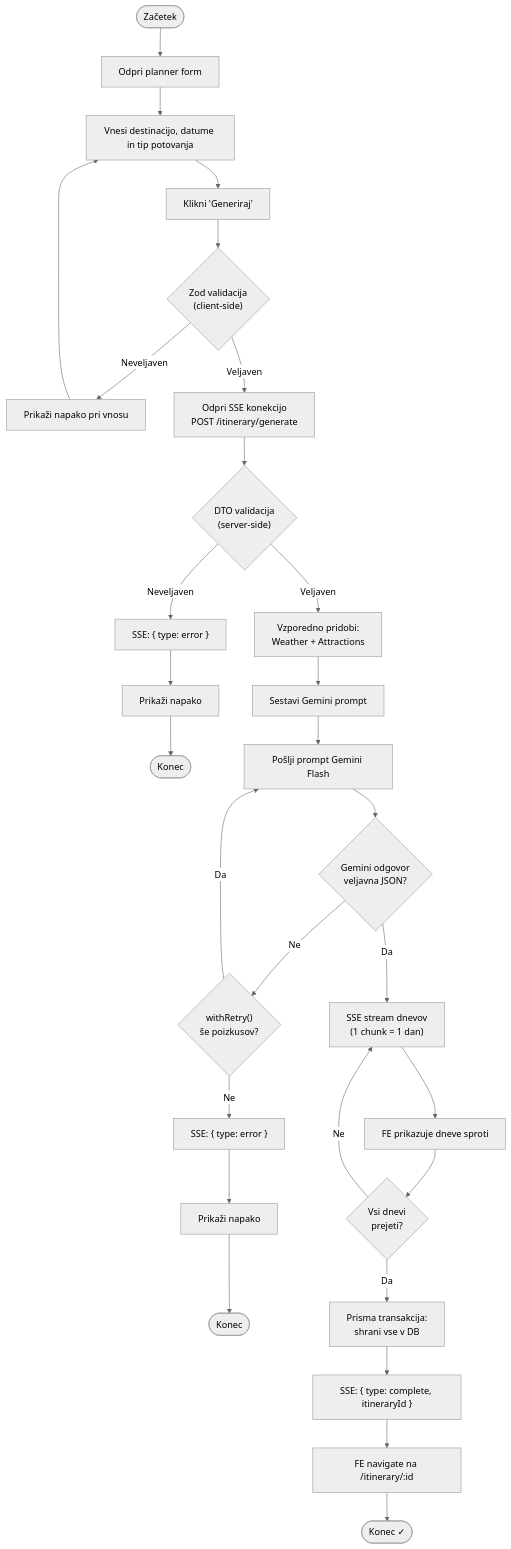
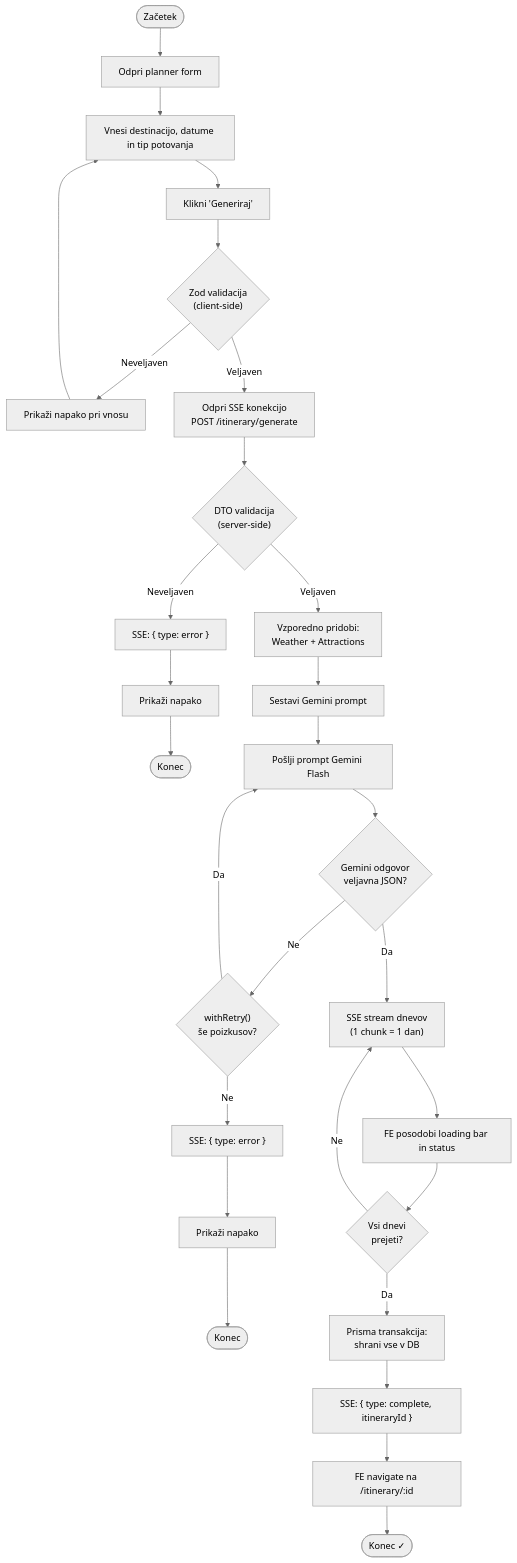
One commit to Anchevskiii/Routiq changed the fourth of 11 diagrams in docs/data-flows.md. Above: the diagram before and after it, drawn with Mermaid (neutral theme). The commit also changed other lines of this file and 6 other files, not shown here.

````diff
--- a/docs/data-flows.md
+++ b/docs/data-flows.md
@@ -151,36 +151,36 @@
 ```mermaid
 flowchart TD
     Start([Začetek]) --> OpenForm["Odpri planner form"]
     OpenForm --> FillForm["Vnesi destinacijo, datume in tip potovanja"]
     FillForm --> ClickGenerate["Klikni 'Generiraj'"]
     ClickGenerate --> ZodValidate{"Zod validacija\n(client-side)"}
 
     ZodValidate -->|Neveljaven| ShowClientError["Prikaži napako pri vnosu"]
     ShowClientError --> FillForm
     ZodValidate -->|Veljaven| OpenSSE["Odpri SSE konekcijo\nPOST /itinerary/generate"]
 
     OpenSSE --> DTOValidate{"DTO validacija\n(server-side)"}
     DTOValidate -->|Neveljaven| Return400["SSE: { type: error }"]
     Return400 --> ShowError["Prikaži napako"]
     ShowError --> End1([Konec])
 
     DTOValidate -->|Veljaven| FetchParallel["Vzporedno pridobi:\nWeather + Attractions"]
     FetchParallel --> BuildPrompt["Sestavi Gemini prompt"]
     BuildPrompt --> CallGemini["Pošlji prompt Gemini Flash"]
 
     CallGemini --> GeminiOK{"Gemini odgovor\nveljavna JSON?"}
     GeminiOK -->|Ne| RetryLogic{"withRetry()\nše poizkusov?"}
     RetryLogic -->|Da| CallGemini
     RetryLogic -->|Ne| StreamError["SSE: { type: error }"]
     StreamError --> ShowError2["Prikaži napako"]
     ShowError2 --> End2([Konec])
 
     GeminiOK -->|Da| StreamDays["SSE stream dnevov\n(1 chunk = 1 dan)"]
-    StreamDays --> ShowInUI["FE prikazuje dneve sproti"]
+    StreamDays --> ShowInUI["FE posodobi loading bar in status"]
     ShowInUI --> AllDone{"Vsi dnevi\nprejeti?"}
     AllDone -->|Ne| StreamDays
     AllDone -->|Da| SaveToDB["Prisma transakcija:\nshrani vse v DB"]
     SaveToDB --> SSEComplete["SSE: { type: complete, itineraryId }"]
     SSEComplete --> Navigate["FE navigate na /itinerary/:id"]
     Navigate --> End3([Konec ✓])
 ```
````
